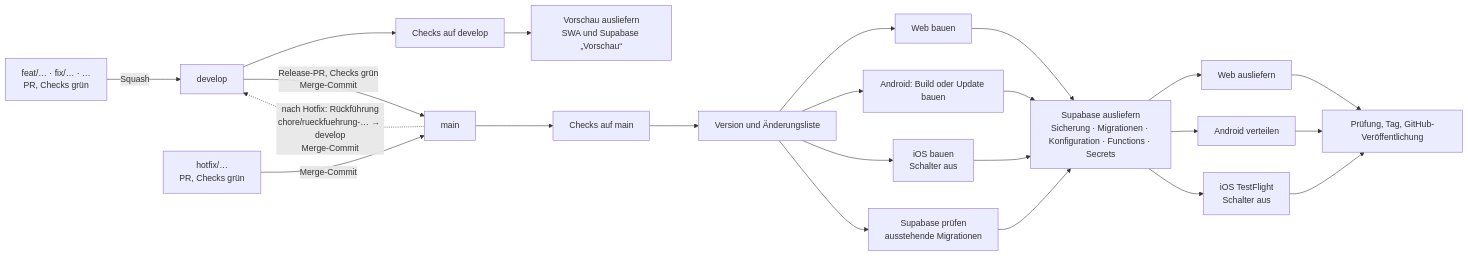
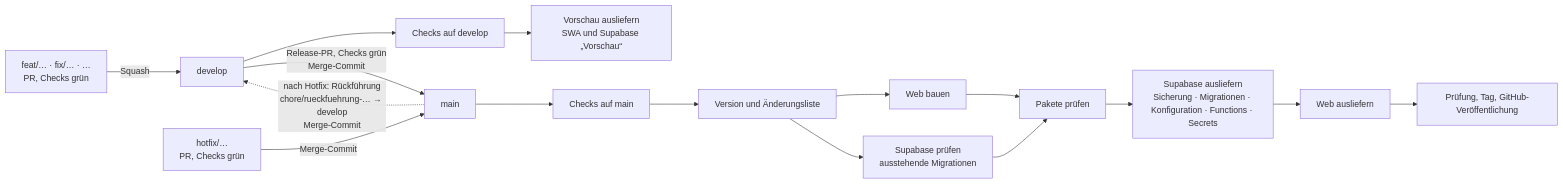
Before and after one commit to enricogoerlitz/housekeeping-app: the diagram in docs/specs/0014-betrieb-ci-cd-release/spec.md, drawn with Mermaid. The commit also changed other lines of this file and 8 other files, not shown here.

````diff
--- a/docs/specs/0014-betrieb-ci-cd-release/spec.md
+++ b/docs/specs/0014-betrieb-ci-cd-release/spec.md
@@ -119,20 +122,17 @@
 ```mermaid
 flowchart LR
   F[feat/… · fix/… · …<br/>PR, Checks grün] -->|Squash| D[develop]
   D --> CD[Checks auf develop]
   CD --> VS[Vorschau ausliefern<br/>SWA und Supabase „Vorschau“]
   D -->|Release-PR, Checks grün<br/>Merge-Commit| M[main]
   H[hotfix/…<br/>PR, Checks grün] -->|Merge-Commit| M
   M -.->|nach Hotfix: Rückführung<br/>chore/rueckfuehrung-… → develop<br/>Merge-Commit| D
   M --> C[Checks auf main]
   C --> V[Version und Änderungsliste]
   V --> BW[Web bauen]
-  V --> BA[Android: Build oder Update bauen]
-  V --> BI[iOS bauen<br/>Schalter aus]
   V --> SP[Supabase prüfen<br/>ausstehende Migrationen]
-  BW & BA & BI & SP --> SD[Supabase ausliefern<br/>Sicherung · Migrationen · Konfiguration · Functions · Secrets]
+  BW & SP --> PP[Pakete prüfen]
+  PP --> SD[Supabase ausliefern<br/>Sicherung · Migrationen · Konfiguration · Functions · Secrets]
   SD --> W[Web ausliefern]
-  SD --> A[Android verteilen]
-  SD --> I[iOS TestFlight<br/>Schalter aus]
-  W & A & I --> R[Prüfung, Tag, GitHub-Veröffentlichung]
+  W --> R[Prüfung, Tag, GitHub-Veröffentlichung]
 ```
````
